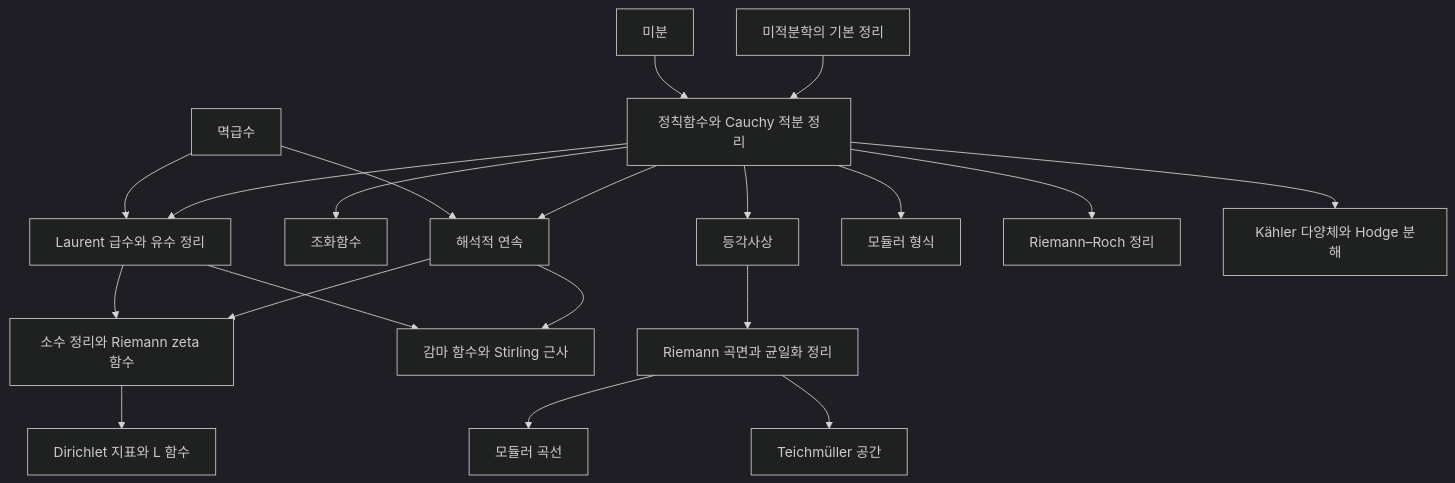
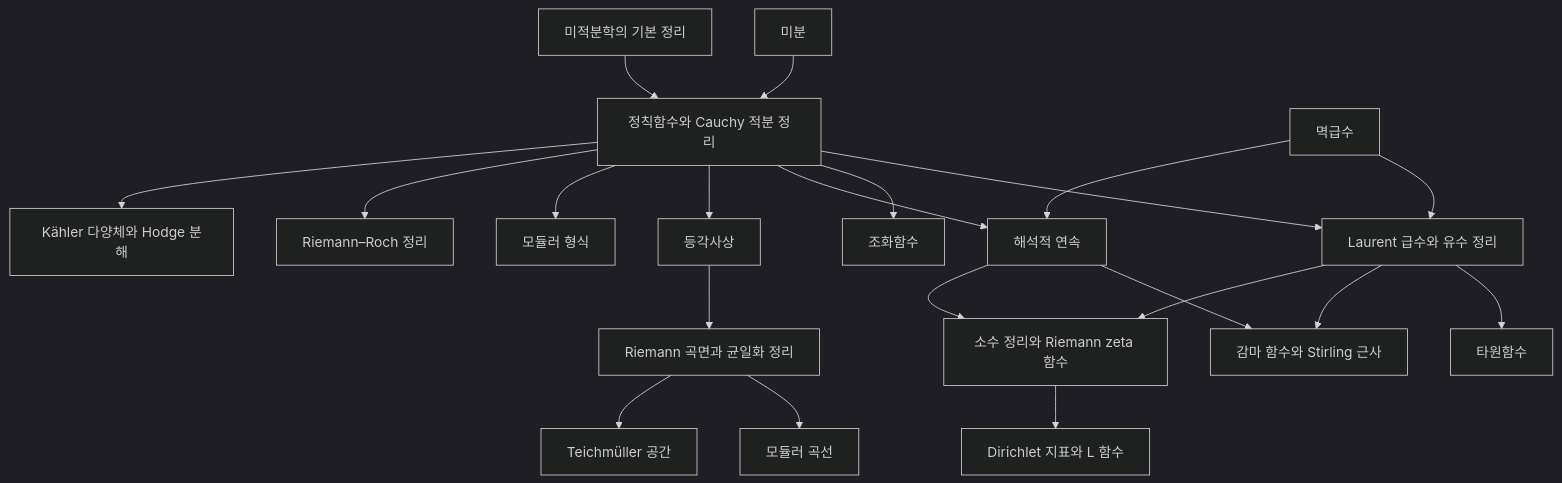
One commit to Phryxia/math-map changed the diagram in docs/complex-analysis-overview.md. Above: the diagram before and after it, drawn with Mermaid (dark theme). The commit also changed other lines of this file and 3 other files, not shown here.

````diff
--- a/docs/complex-analysis-overview.md
+++ b/docs/complex-analysis-overview.md
@@ -13,22 +13,23 @@
 ```mermaid
 graph TD
   DV["미분"] --> HF["정칙함수와 Cauchy 적분 정리"]
   FC["미적분학의 기본 정리"] --> HF
   PS["멱급수"] --> RT["Laurent 급수와 유수 정리"]
   HF --> RT
   HF --> HM["조화함수"]
   PS --> AC["해석적 연속"]
   HF --> AC
   HF --> CM["등각사상"]
   CM --> RS["Riemann 곡면과 균일화 정리"]
   RS --> MC["모듈러 곡선"]
   RS --> TS["Teichmüller 공간"]
+  RT --> EF["타원함수"]
   RT --> GF["감마 함수와 Stirling 근사"]
   AC --> GF
   RT --> PNT["소수 정리와 Riemann zeta 함수"]
   AC --> PNT
   PNT --> DL["Dirichlet 지표와 L 함수"]
   HF --> MF["모듈러 형식"]
   HF --> RR["Riemann–Roch 정리"]
   HF --> KM["Kähler 다양체와 Hodge 분해"]
 ```
````
